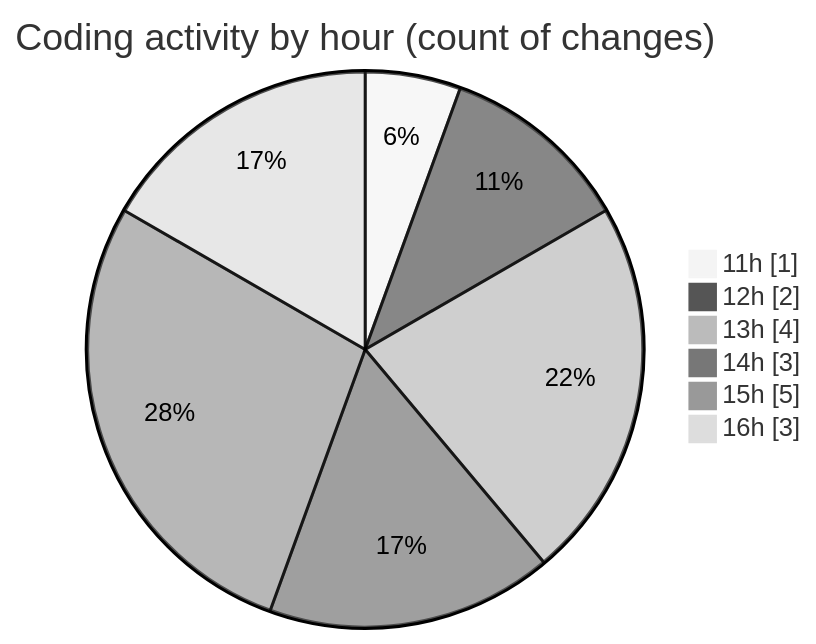
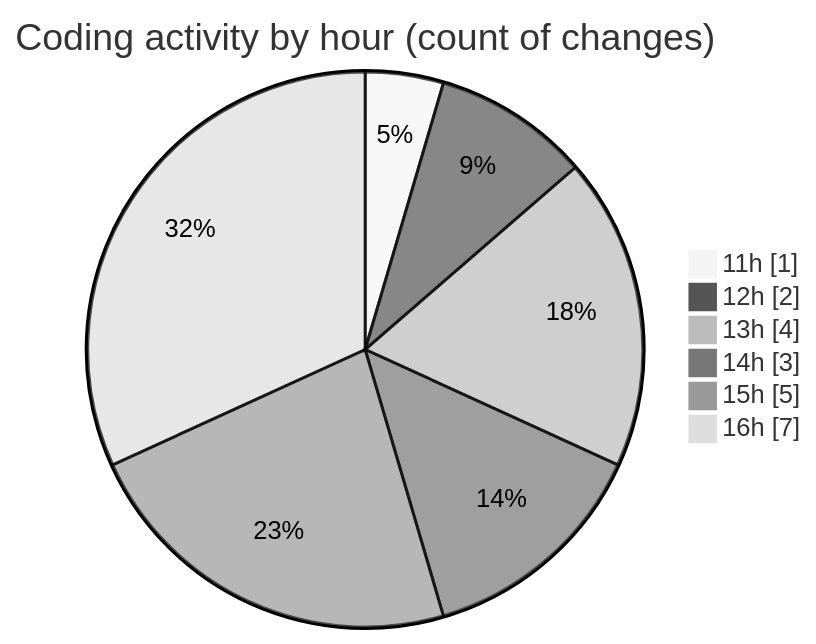
One commit to Ritupan-Deka/code-tracking changed the second of 2 diagrams in 2025-07-18/urlwebwala_intership_work/README.md. Above: the diagram before and after it, drawn with Mermaid (neutral theme). The commit also changed other lines of this file and 1 other file, not shown here.

````diff
--- a/2025-07-18/urlwebwala_intership_work/README.md
+++ b/2025-07-18/urlwebwala_intership_work/README.md
@@ -29,10 +29,10 @@
 ```mermaid
 pie showData
 title Coding activity by hour (count of changes)
 "11h" : 1
 "12h" : 2
 "13h" : 4
 "14h" : 3
 "15h" : 5
-"16h" : 3
+"16h" : 7
 ```
````
